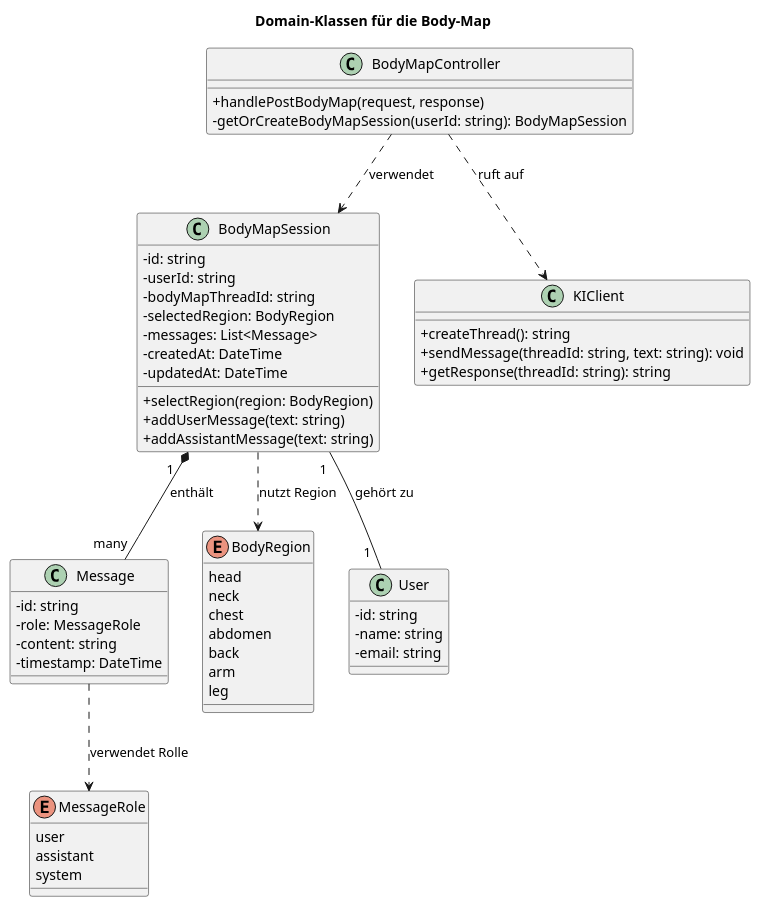
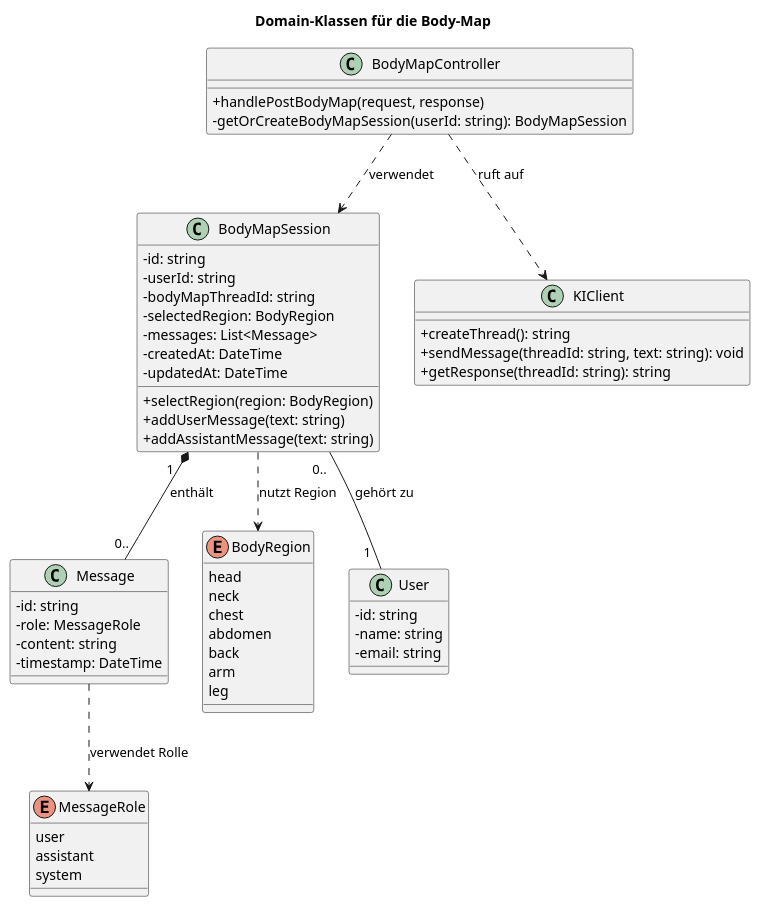
Before and after one commit to Himan-Herman/entscheidungs-app-imac-: the diagram in docs/uml/bodymap_classes.puml, drawn with PlantUML. The commit also changed 2 other files, not shown here.

```diff
--- a/docs/uml/bodymap_classes.puml
+++ b/docs/uml/bodymap_classes.puml
@@ -1,69 +1,69 @@
 @startuml bodymap_classes
 skinparam classAttributeIconSize 0
 
 title Domain-Klassen für die Body-Map
 
 class BodyMapSession {
   - id: string
   - userId: string
   - bodyMapThreadId: string
   - selectedRegion: BodyRegion
   - messages: List<Message>
   - createdAt: DateTime
   - updatedAt: DateTime
   + selectRegion(region: BodyRegion)
   + addUserMessage(text: string)
   + addAssistantMessage(text: string)
 }
 
 class Message {
   - id: string
   - role: MessageRole
   - content: string
   - timestamp: DateTime
 }
 
 enum MessageRole {
   user
   assistant
   system
 }
 
 enum BodyRegion {
   head
   neck
   chest
   abdomen
   back
   arm
   leg
 }
 
 class BodyMapController {
   + handlePostBodyMap(request, response)
   - getOrCreateBodyMapSession(userId: string): BodyMapSession
 }
 
 class KIClient {
   + createThread(): string
   + sendMessage(threadId: string, text: string): void
   + getResponse(threadId: string): string
 }
 
 class User {
   - id: string
   - name: string
   - email: string
 }
 
 ' Beziehungen im HRW-Stil
-BodyMapSession "1   " *-- "many" Message : enthält 
-BodyMapSession "1  " -- "1  " User : gehört zu 
+BodyMapSession "1   " *-- "0.." Message : enthält 
+BodyMapSession "0..  " -- "1  " User : gehört zu 
 BodyMapSession ..> BodyRegion : nutzt Region 
 
 Message ..> MessageRole : verwendet Rolle 
 
 BodyMapController ..> BodyMapSession : verwendet 
 BodyMapController ..> KIClient : ruft auf 
 
 @enduml
```
